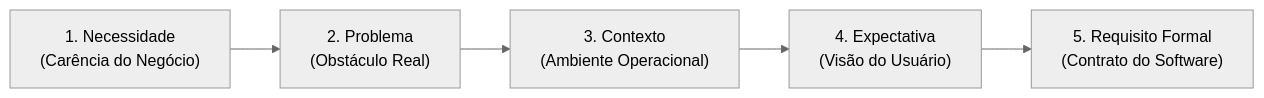
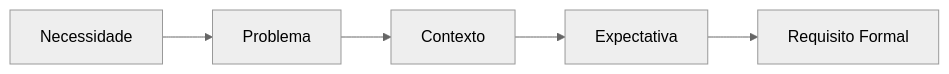
The sixth of 30 diagrams in 4º Semestre/[Prof. Wesley Soares] Engenharia de Software II/Resumos-IA/Caderno-Consolidado.md (murilolol/unifef), drawn with Mermaid (neutral theme) before and after one commit. The commit also changed other lines of this file and 58 other files, not shown here.

````diff
--- a/4º Semestre/[Prof. Wesley Soares] Engenharia de Software II/Resumos-IA/Caderno-Consolidado.md
+++ b/4º Semestre/[Prof. Wesley Soares] Engenharia de Software II/Resumos-IA/Caderno-Consolidado.md
@@ -427,7 +265,7 @@
 ```mermaid
 flowchart LR
-  Nec["1. Necessidade<br>(Carência do Negócio)"] --> Prob["2. Problema<br>(Obstáculo Real)"]
-  Prob --> Ctx["3. Contexto<br>(Ambiente Operacional)"]
-  Ctx --> Exp["4. Expectativa<br>(Visão do Usuário)"]
-  Exp --> Req["5. Requisito Formal<br>(Contrato do Software)"]
+  N["Necessidade"] --> P["Problema"]
+  P --> C["Contexto"]
+  C --> E["Expectativa"]
+  E --> R["Requisito Formal"]
 ```
````
